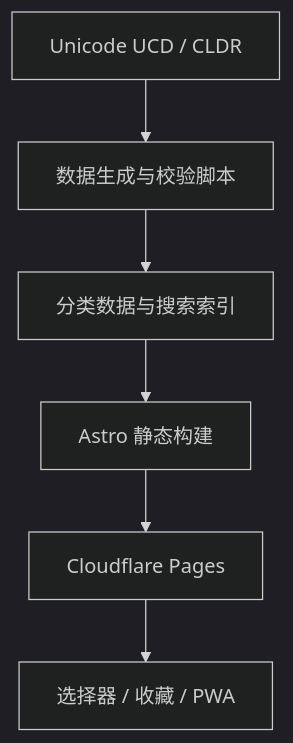
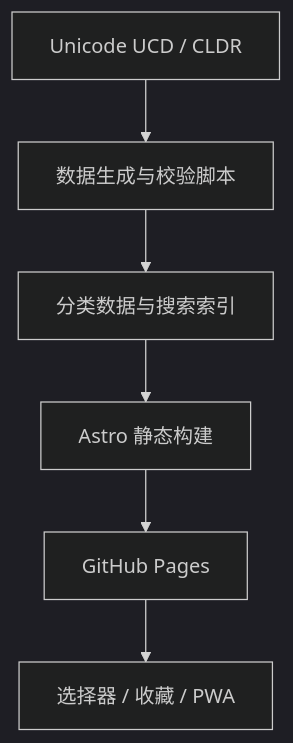
The diagram in docs/Unicode-Symbol-Picker-Technical-Design.md (wangruofeng/unicode-picker), drawn with Mermaid (dark theme) before and after one commit. The commit also changed other lines of this file and 5 other files, not shown here.

```diff
--- a/docs/Unicode-Symbol-Picker-Technical-Design.md
+++ b/docs/Unicode-Symbol-Picker-Technical-Design.md
@@ -68,8 +68,8 @@
 ~~~mermaid
 flowchart TD
     A["Unicode UCD / CLDR"] --> B["数据生成与校验脚本"]
     B --> C["分类数据与搜索索引"]
     C --> D["Astro 静态构建"]
-    D --> E["Cloudflare Pages"]
+    D --> E["GitHub Pages"]
     E --> F["选择器 / 收藏 / PWA"]
 ~~~
```
